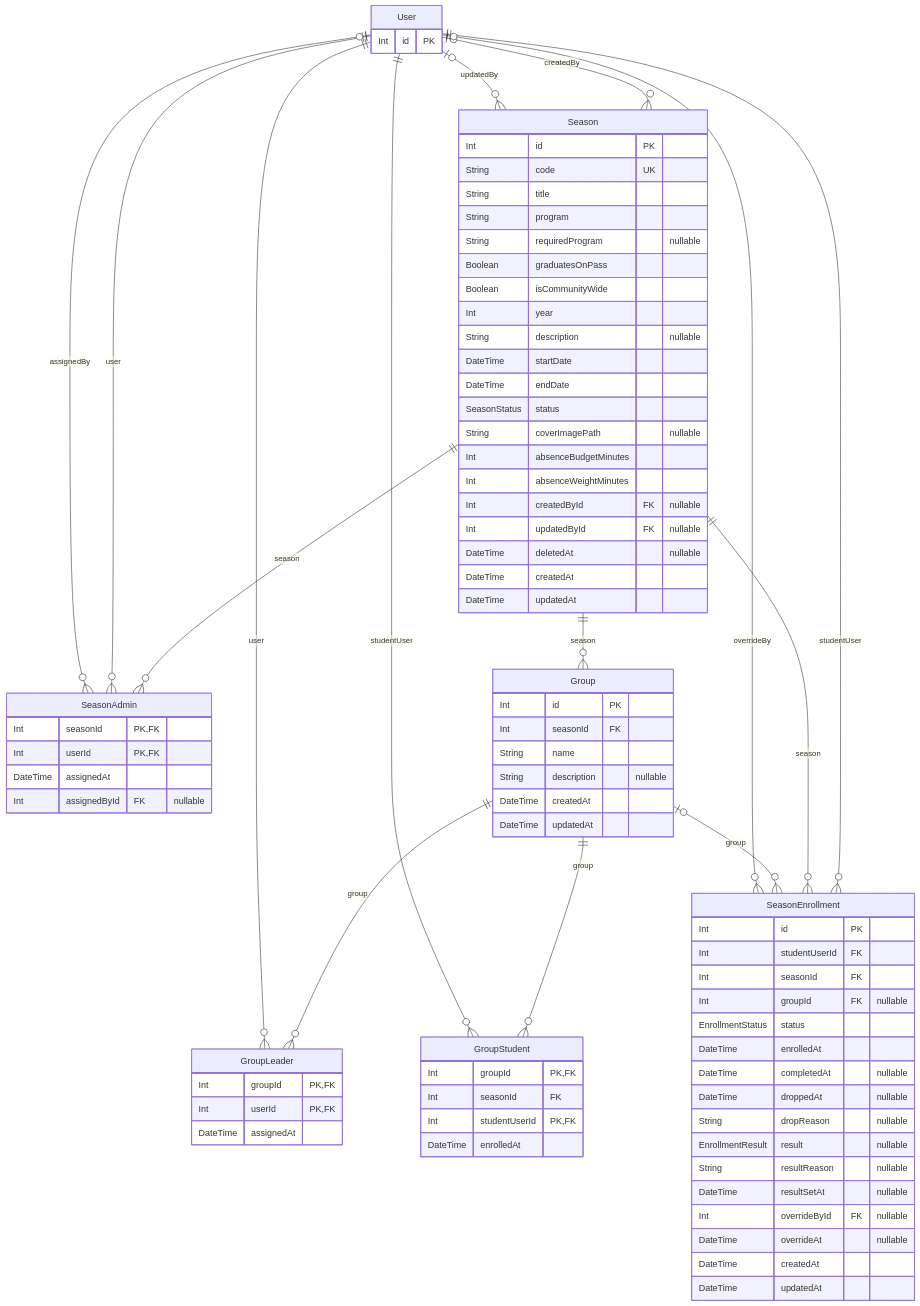
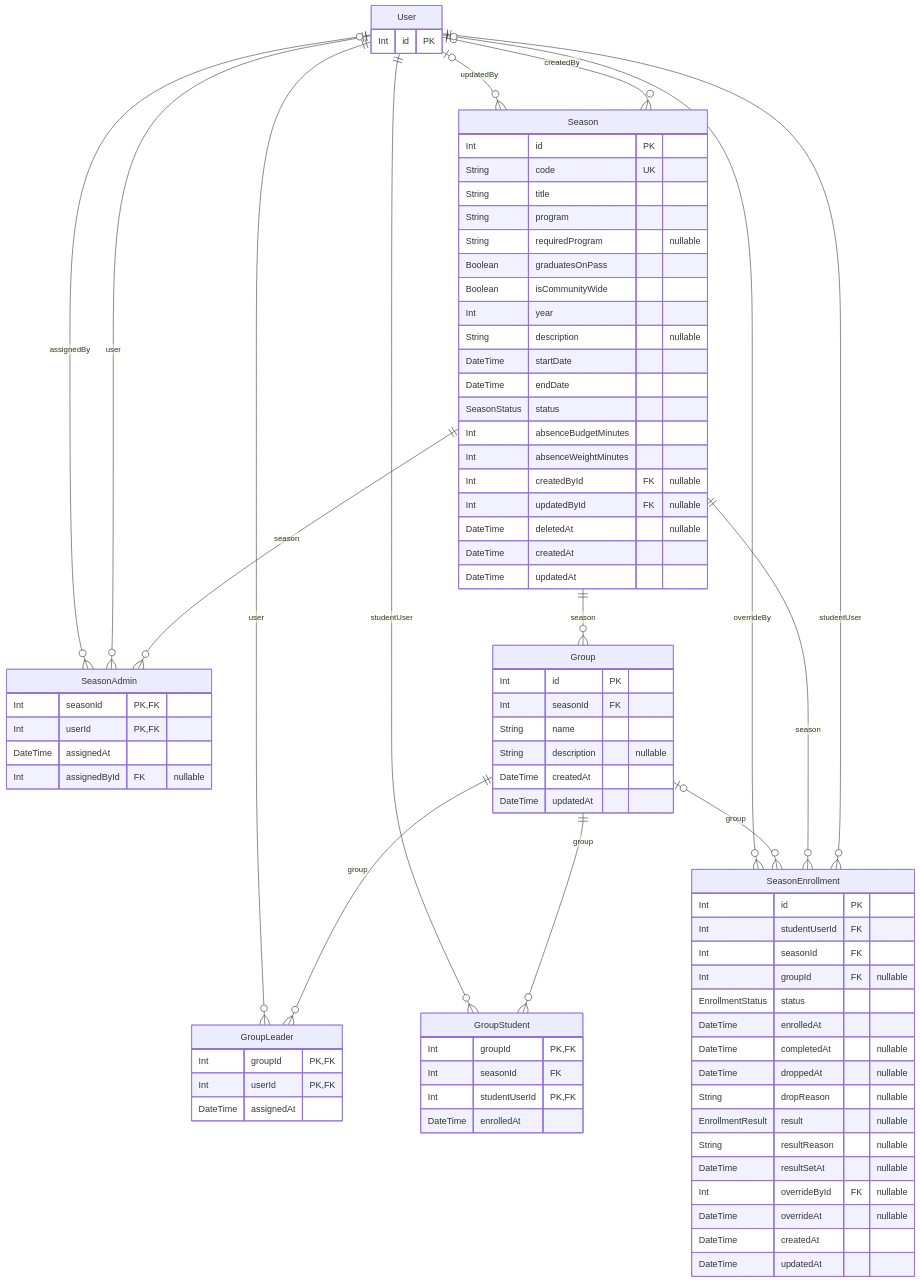
The second of 7 diagrams in docs/database/erd.md (MarkBotros0/space-v2), drawn with Mermaid before and after one commit. The commit also changed other lines of this file and 6 other files, not shown here.

```diff
--- a/docs/database/erd.md
+++ b/docs/database/erd.md
@@ -138,7 +138,6 @@
     DateTime startDate
     DateTime endDate
     SeasonStatus status
-    String coverImagePath "nullable"
     Int absenceBudgetMinutes
     Int absenceWeightMinutes
     Int createdById FK "nullable"
```
